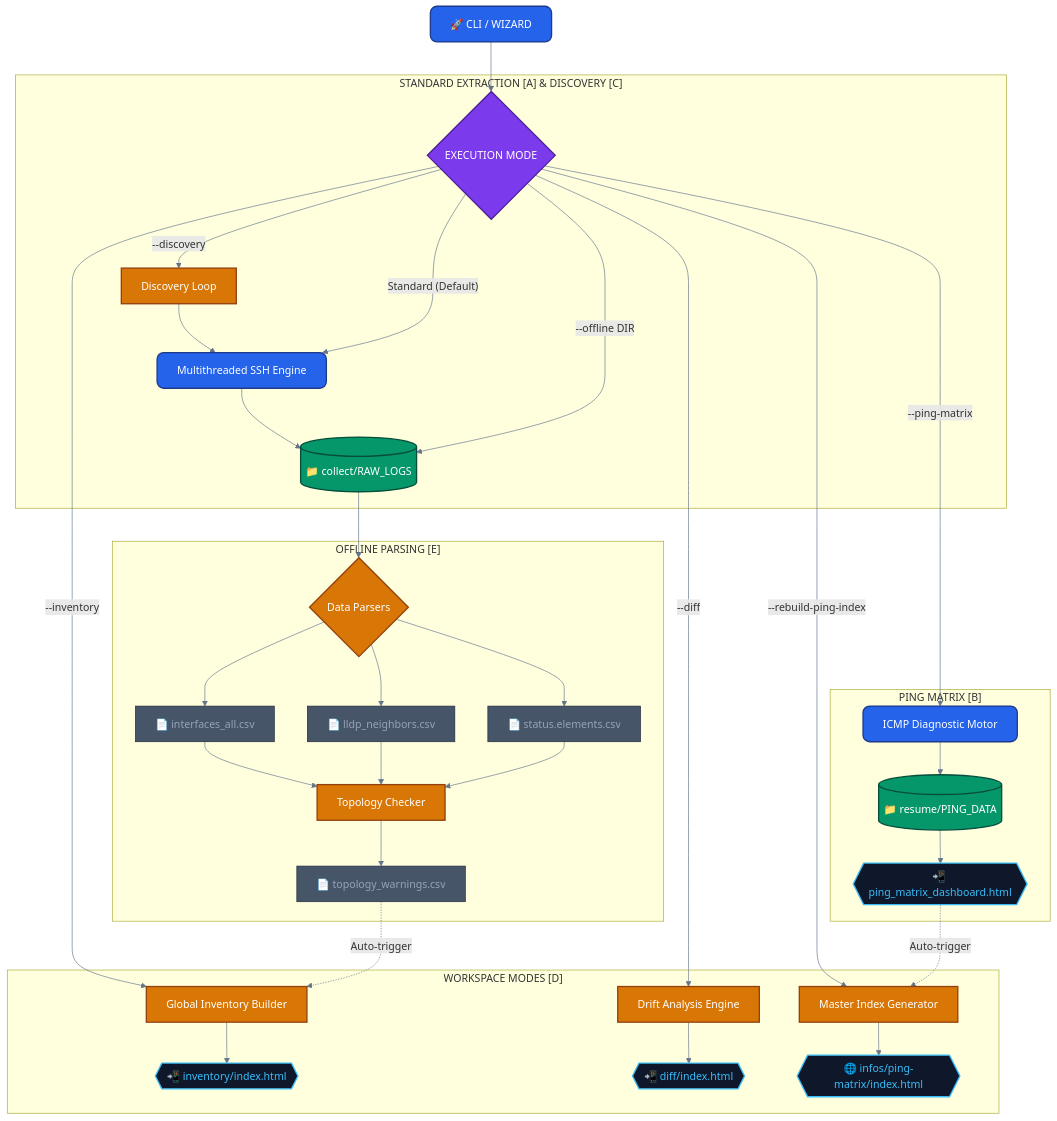
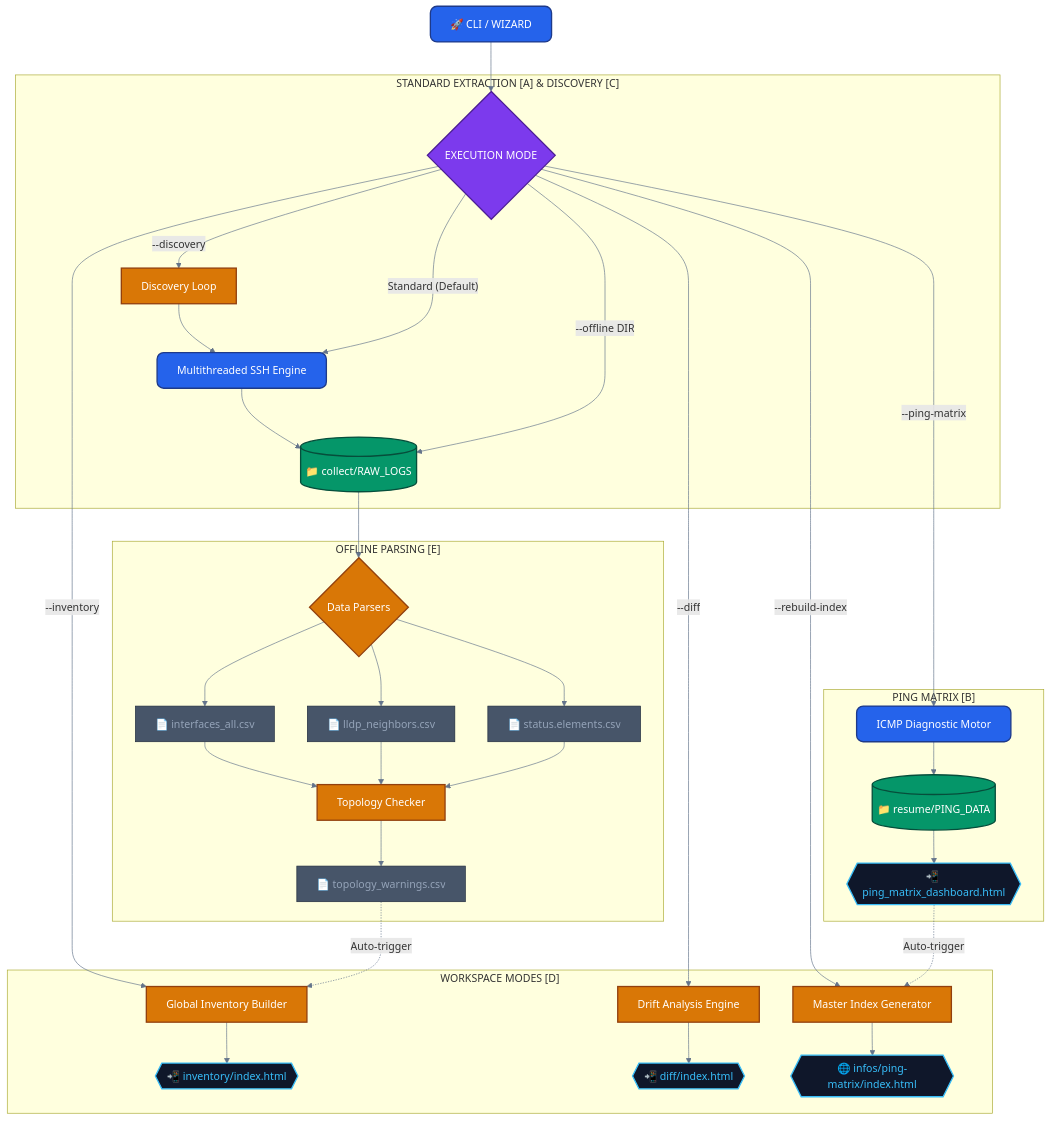
One commit to flashbsb/network-data-extractor changed the diagram in README.md. Above: the diagram before and after it, drawn with Mermaid. The commit also changed other lines of this file and 1 other file, not shown here.

````diff
--- a/README.md
+++ b/README.md
@@ -35,53 +35,53 @@
 ```mermaid
 graph TD
     %% Styling Definitions
     classDef engine fill:#2563eb,stroke:#1e3a8a,stroke-width:2px,color:#fff,rx:10,ry:10;
     classDef branch fill:#7c3aed,stroke:#4c1d95,stroke-width:2px,color:#fff,rx:10,ry:10;
     classDef storage fill:#059669,stroke:#064e3b,stroke-width:2px,color:#fff,rx:5,ry:5;
     classDef module fill:#d97706,stroke:#92400e,stroke-width:2px,color:#fff;
     classDef web fill:#0f172a,stroke:#38bdf8,stroke-width:2px,color:#38bdf8,rx:10,ry:10;
     classDef csv fill:#475569,stroke:#1e293b,stroke-width:1px,color:#94a3b8;
 
     %% Entry Point
     START["🚀 CLI / WIZARD"]:::engine --> MODE{EXECUTION MODE}:::branch
 
     subgraph "STANDARD EXTRACTION [A] & DISCOVERY [C]"
         MODE -->|"--discovery"| DISCO[Discovery Loop]:::module
         DISCO --> SSH
         MODE -->|"Standard (Default)"| SSH[Multithreaded SSH Engine]:::engine
         SSH --> RAW[("📁 collect/RAW_LOGS")]:::storage
     end
 
     subgraph "OFFLINE PARSING [E]"
         MODE -->|"--offline DIR"| RAW
         RAW --> PARSE{Data Parsers}:::module
         PARSE --> CSV_INT["📄 interfaces_all.csv"]:::csv
         PARSE --> CSV_LLDP["📄 lldp_neighbors.csv"]:::csv
         PARSE --> CSV_STAT["📄 status.elements.csv"]:::csv
         
         CSV_INT & CSV_LLDP & CSV_STAT --> TOPO[Topology Checker]:::module
         TOPO --> CSV_WARN["📄 topology_warnings.csv"]:::csv
     end
 
     subgraph "PING MATRIX [B]"
         MODE -->|"--ping-matrix"| ICMP[ICMP Diagnostic Motor]:::engine
         ICMP --> PING_RES[("📁 resume/PING_DATA")]:::storage
         PING_RES --> PING_HTML{{"📲 ping_matrix_dashboard.html"}}:::web
     end
 
     subgraph "WORKSPACE MODES [D]"
         MODE -->|"--inventory"| INV_GEN[Global Inventory Builder]:::module
         CSV_WARN -.->|"Auto-trigger"| INV_GEN
         INV_GEN --> INV_HTML{{"📲 inventory/index.html"}}:::web
 
         MODE -->|"--diff"| DIFF_GEN[Drift Analysis Engine]:::module
         DIFF_GEN --> DIFF_HTML{{"📲 diff/index.html"}}:::web
 
-        MODE -->|"--rebuild-ping-index"| PM_GEN[Master Index Generator]:::module
+        MODE -->|"--rebuild-index"| PM_GEN[Master Index Generator]:::module
         PING_HTML -.->|"Auto-trigger"| PM_GEN
         PM_GEN --> PM_HTML{{"🌐 infos/ping-matrix/index.html"}}:::web
     end
 
     %% Link styles
     linkStyle default stroke:#64748b,stroke-width:1px;
 ```
````
